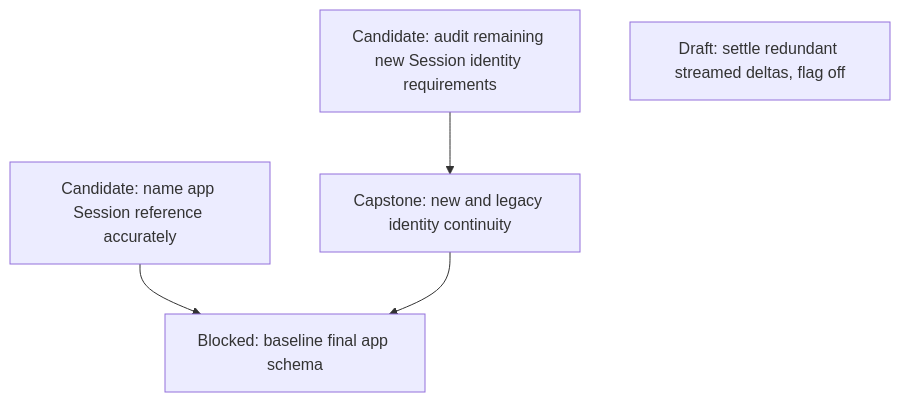
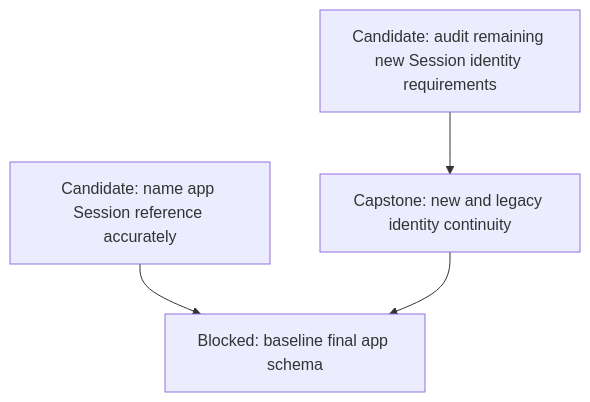
One commit to agentydragon-agent/ducktape changed the first of 9 diagrams in agentplane/plans/task_dag.md. Above: the diagram before and after it, drawn with Mermaid. The commit also changed other lines of this file and 5 other files, not shown here.

````diff
--- a/agentplane/plans/task_dag.md
+++ b/agentplane/plans/task_dag.md
@@ -37,11 +37,10 @@
 ```mermaid
 flowchart TD
     APP_SESSION_SCHEMA_RENAME[Candidate: name app Session reference accurately]
     THREAD_IDENTITY_NEW[Candidate: audit remaining new Session identity requirements]
     THREAD_EVENT_CONTINUITY[Capstone: new and legacy identity continuity]
     APP_ALEMBIC_SQUASH[Blocked: baseline final app schema]
-    SESSION_EVENT_RETENTION[Draft: settle redundant streamed deltas, flag off]
     THREAD_IDENTITY_NEW --> THREAD_EVENT_CONTINUITY
     APP_SESSION_SCHEMA_RENAME --> APP_ALEMBIC_SQUASH
     THREAD_EVENT_CONTINUITY --> APP_ALEMBIC_SQUASH
 ```
````
